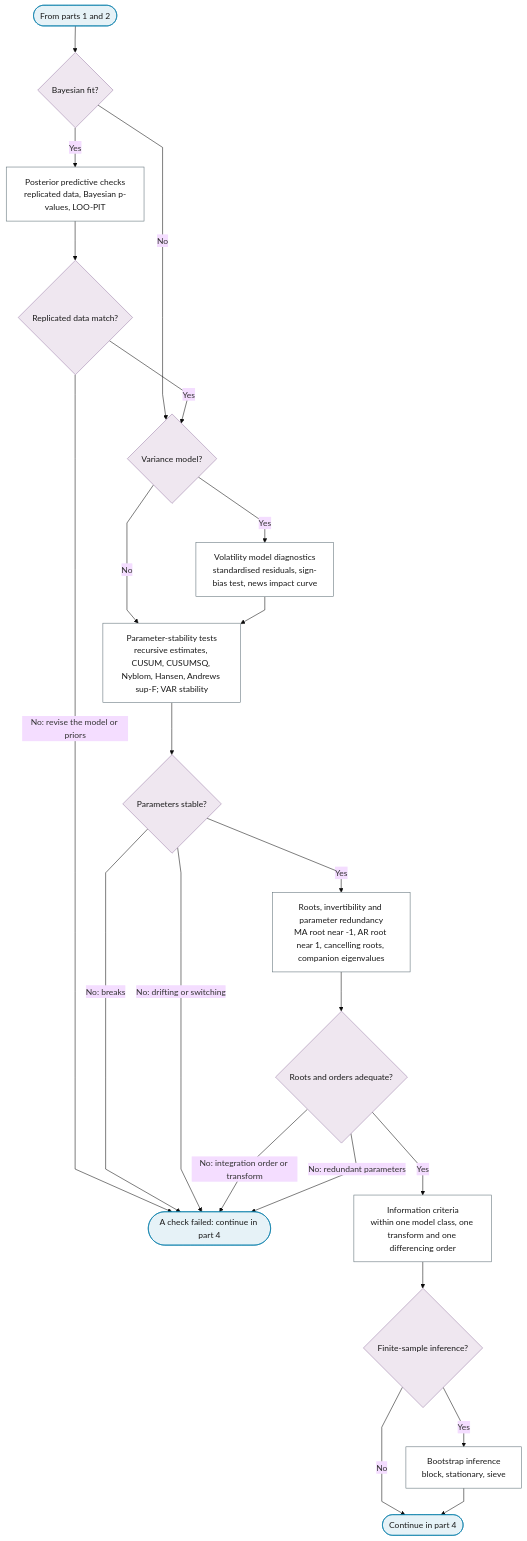
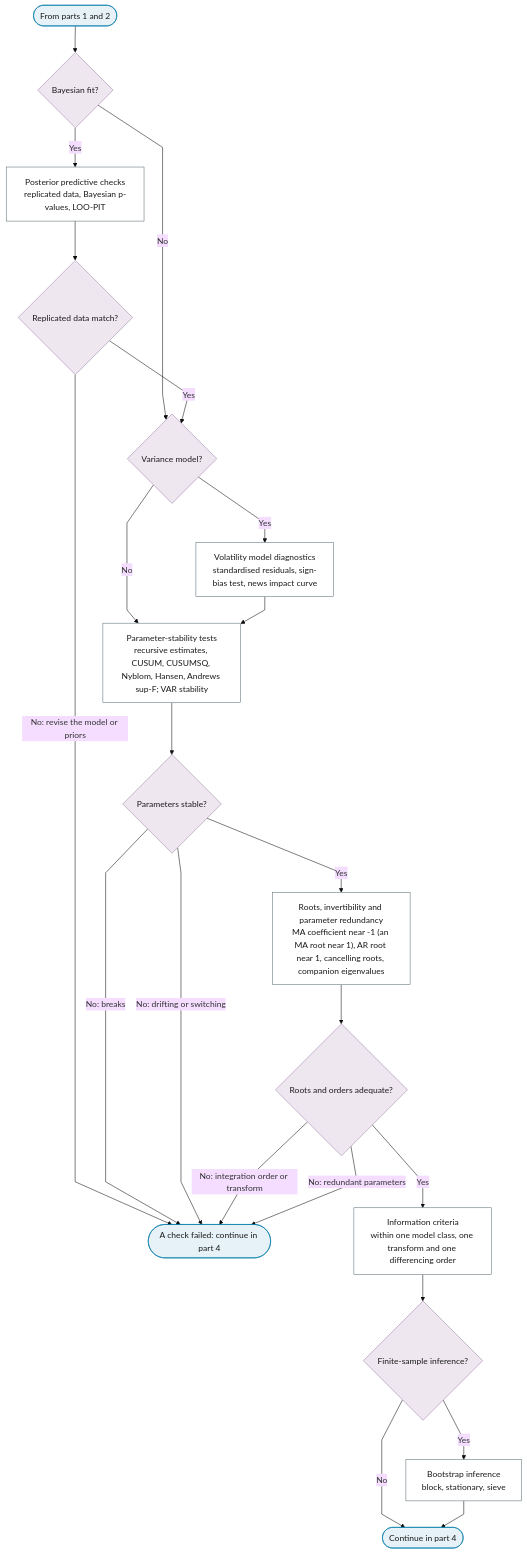
Before and after one commit to Shuxin-Y/time-series-analysis-manual: the third of 4 diagrams in docs/01-workflow/p09-in-sample-diagnostics.md, drawn with Mermaid (base theme). The commit also changed other lines of this file and 11 other files, not shown here.

````diff
--- a/docs/01-workflow/p09-in-sample-diagnostics.md
+++ b/docs/01-workflow/p09-in-sample-diagnostics.md
@@ -89,36 +89,36 @@
 ```mermaid
 %%{init: {"flowchart": {"curve": "linear"}}}%%
 graph TD
     P9_PART_3_IN(["From parts 1 and 2"]) --> P9_BAYESIAN_Q{"Bayesian fit?"}
     P9_BAYESIAN_Q -->|"Yes"| P9_POSTERIOR_PREDICTIVE["Posterior predictive checks<br/>replicated data, Bayesian p-values, LOO-PIT"]
     P9_BAYESIAN_Q -->|"No"| P9_VOLATILITY_Q
     P9_POSTERIOR_PREDICTIVE --> P9_PPC_VERDICT{"Replicated data match?"}
     P9_PPC_VERDICT -->|"Yes"| P9_VOLATILITY_Q{"Variance model?"}
     P9_PPC_VERDICT -->|"No: revise the model or priors"| P9_PART_3_FAIL(["A check failed: continue in part 4"])
     P9_VOLATILITY_Q -->|"Yes"| P9_VOLATILITY_DIAGNOSTICS["Volatility model diagnostics<br/>standardised residuals, sign-bias test, news impact curve"]
     P9_VOLATILITY_Q -->|"No"| P9_STABILITY
     P9_VOLATILITY_DIAGNOSTICS --> P9_STABILITY["Parameter-stability tests<br/>recursive estimates, CUSUM, CUSUMSQ, Nyblom, Hansen, Andrews sup-F; VAR stability"]
     P9_STABILITY --> P9_STABLE{"Parameters stable?"}
     P9_STABLE -->|"No: breaks"| P9_PART_3_FAIL
     P9_STABLE -->|"No: drifting or switching"| P9_PART_3_FAIL
-    P9_STABLE -->|"Yes"| P9_ROOTS["Roots, invertibility and parameter redundancy<br/>MA root near -1, AR root near 1, cancelling roots, companion eigenvalues"]
+    P9_STABLE -->|"Yes"| P9_ROOTS["Roots, invertibility and parameter redundancy<br/>MA coefficient near -1 (an MA root near 1), AR root near 1, cancelling roots, companion eigenvalues"]
     P9_ROOTS --> P9_ROOTS_OK{"Roots and orders adequate?"}
     P9_ROOTS_OK -->|"No: integration order or transform"| P9_PART_3_FAIL
     P9_ROOTS_OK -->|"No: redundant parameters"| P9_PART_3_FAIL
     P9_ROOTS_OK -->|"Yes"| P9_INFORMATION_CRITERIA["Information criteria<br/>within one model class, one transform and one differencing order"]
     P9_INFORMATION_CRITERIA --> P9_INFERENCE_NEEDED{"Finite-sample inference?"}
     P9_INFERENCE_NEEDED -->|"Yes"| P9_BOOTSTRAP["Bootstrap inference<br/>block, stationary, sieve"]
     P9_INFERENCE_NEEDED -->|"No"| P9_TO_PART_4
     P9_BOOTSTRAP --> P9_TO_PART_4(["Continue in part 4"])
     class P9_PART_3_IN,P9_TO_PART_4,P9_PART_3_FAIL terminator
     class P9_BAYESIAN_Q,P9_PPC_VERDICT,P9_VOLATILITY_Q,P9_STABLE,P9_ROOTS_OK,P9_INFERENCE_NEEDED decision
     class P9_POSTERIOR_PREDICTIVE,P9_VOLATILITY_DIAGNOSTICS,P9_STABILITY,P9_ROOTS,P9_INFORMATION_CRITERIA,P9_BOOTSTRAP process
     classDef terminator fill:#E6F2F7,stroke:#007BA7,color:#1A1A1A;
     classDef process fill:#FFFFFF,stroke:#5A6B73,color:#1A1A1A;
     classDef decision fill:#EFE7F0,stroke:#9B7FA7,color:#1A1A1A;
     classDef data fill:#FFF4E0,stroke:#C9A55E,color:#1A1A1A;
     classDef good fill:#DCEFD8,stroke:#4A7A3F,color:#1A1A1A;
     classDef escalate fill:#FFE9C2,stroke:#C9A55E,color:#1A1A1A;
     classDef problem fill:#F2D9DE,stroke:#800020,color:#1A1A1A;
     classDef ref fill:#F7F7F7,stroke:#5A6B73,color:#1A1A1A,stroke-dasharray:4 3;
 ```
````
